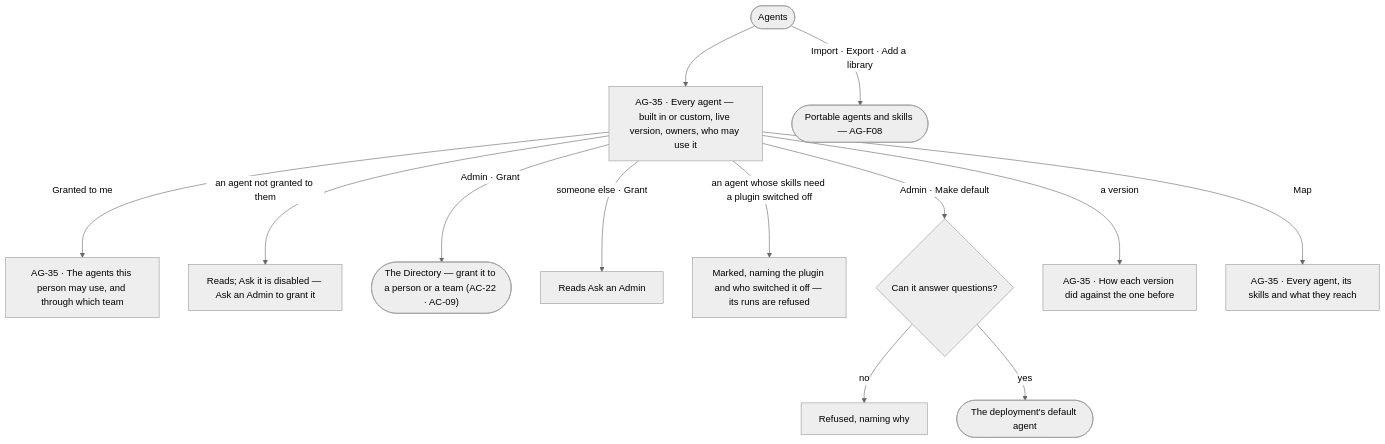
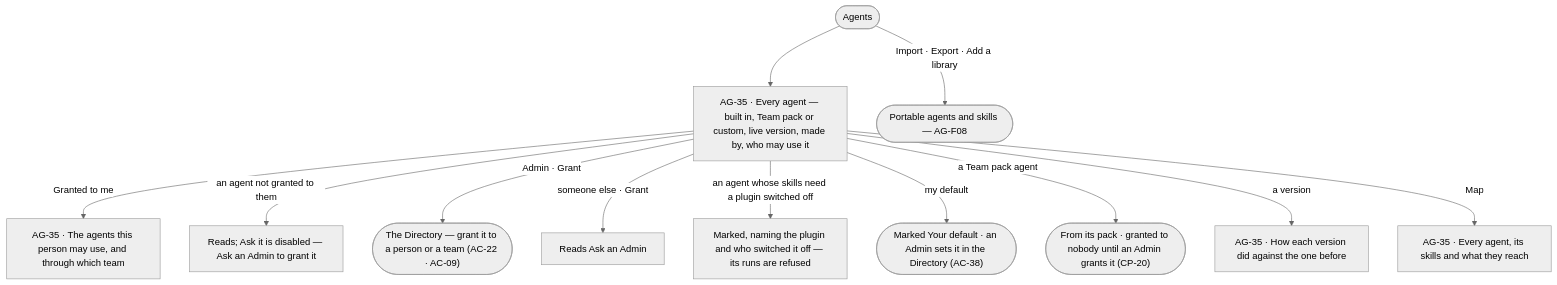
The diagram in specs/capabilities/agents/features/AG-F02-the-agents-catalogue/feature.md (invana/invana), drawn with Mermaid (neutral theme) before and after one commit. The commit also changed other lines of this file and 300 other files, not shown here.

````diff
--- a/specs/capabilities/agents/features/AG-F02-the-agents-catalogue/feature.md
+++ b/specs/capabilities/agents/features/AG-F02-the-agents-catalogue/feature.md
@@ -24,15 +25,14 @@
 ```mermaid
 flowchart TD
-  start([Agents]) --> cat["AG-35 · Every agent — built in or custom, live version, owners, who may use it"]
+  start([Agents]) --> cat["AG-35 · Every agent — built in, Team pack or custom, live version, made by, who may use it"]
   cat -->|Granted to me| mine["AG-35 · The agents this person may use, and through which team"]
   cat -->|an agent not granted to them| ng["Reads; Ask it is disabled — Ask an Admin to grant it"]
   cat -->|Admin · Grant| gr(["The Directory — grant it to a person or a team (AC-22 · AC-09)"])
   cat -->|someone else · Grant| gx["Reads Ask an Admin"]
   cat -->|an agent whose skills need a plugin switched off| po["Marked, naming the plugin and who switched it off — its runs are refused"]
-  cat -->|Admin · Make default| df{"Can it answer questions?"}
-  df -->|no| dfx["Refused, naming why"]
-  df -->|yes| dd(["The deployment's default agent"])
+  cat -->|my default| dd(["Marked Your default · an Admin sets it in the Directory (AC-38)"])
+  cat -->|a Team pack agent| tp(["From its pack · granted to nobody until an Admin grants it (CP-20)"])
   cat -->|a version| ver["AG-35 · How each version did against the one before"]
   cat -->|Map| map["AG-35 · Every agent, its skills and what they reach"]
   start -->|Import · Export · Add a library| port(["Portable agents and skills — AG-F08"])
 ```
````
